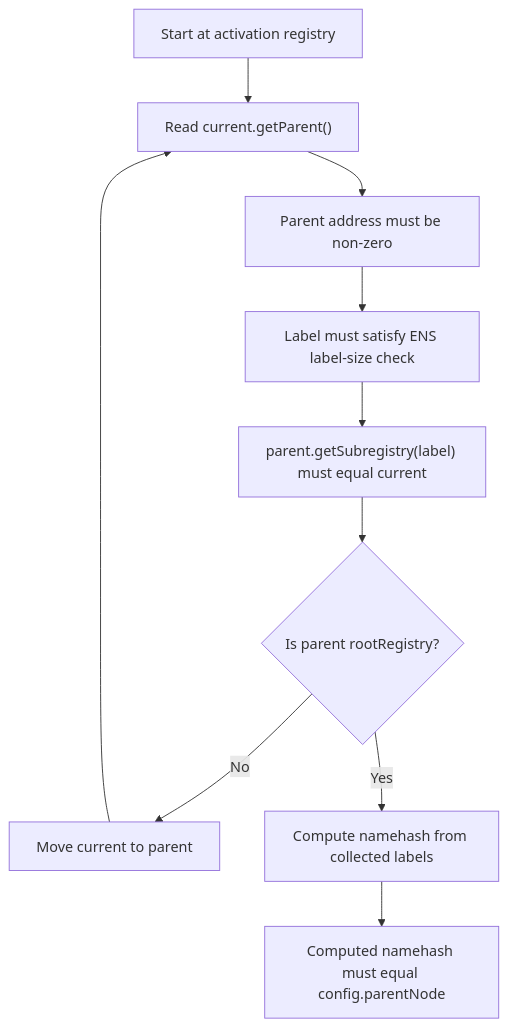
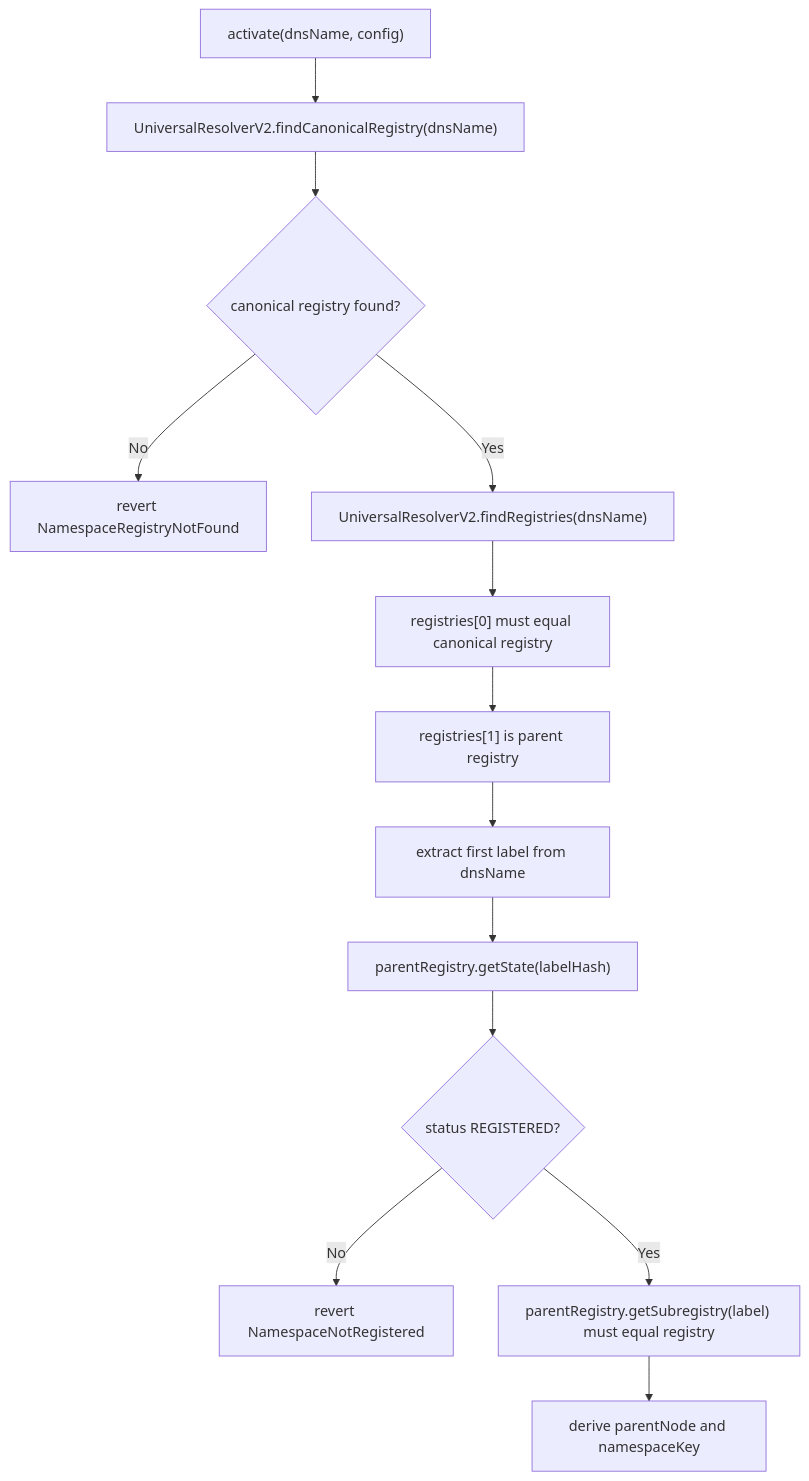
Before and after one commit to envoy1084/namespace-contracts-v2: the second of 2 diagrams in docs/03-ensv2-integration-and-permissions.md, drawn with Mermaid. The commit also changed other lines of this file and 25 other files, not shown here.

Commit message:
feat: resolve namespace activations by name

````diff
--- a/docs/03-ensv2-integration-and-permissions.md
+++ b/docs/03-ensv2-integration-and-permissions.md
@@ -97,12 +106,15 @@
 ```mermaid
 flowchart TD
-    A["Start at activation registry"] --> B["Read current.getParent()"]
-    B --> C["Parent address must be non-zero"]
-    C --> D["Label must satisfy ENS label-size check"]
-    D --> E["parent.getSubregistry(label) must equal current"]
-    E --> F{"Is parent rootRegistry?"}
-    F -->|"No"| G["Move current to parent"]
-    G --> B
-    F -->|"Yes"| H["Compute namehash from collected labels"]
-    H --> I["Computed namehash must equal config.parentNode"]
+    A["activate(dnsName, config)"] --> B["UniversalResolverV2.findCanonicalRegistry(dnsName)"]
+    B --> C{"canonical registry found?"}
+    C -->|"No"| D["revert NamespaceRegistryNotFound"]
+    C -->|"Yes"| E["UniversalResolverV2.findRegistries(dnsName)"]
+    E --> F["registries[0] must equal canonical registry"]
+    F --> G["registries[1] is parent registry"]
+    G --> H["extract first label from dnsName"]
+    H --> I["parentRegistry.getState(labelHash)"]
+    I --> J{"status REGISTERED?"}
+    J -->|"No"| K["revert NamespaceNotRegistered"]
+    J -->|"Yes"| L["parentRegistry.getSubregistry(label) must equal registry"]
+    L --> M["derive parentNode and namespaceKey"]
 ```
````
